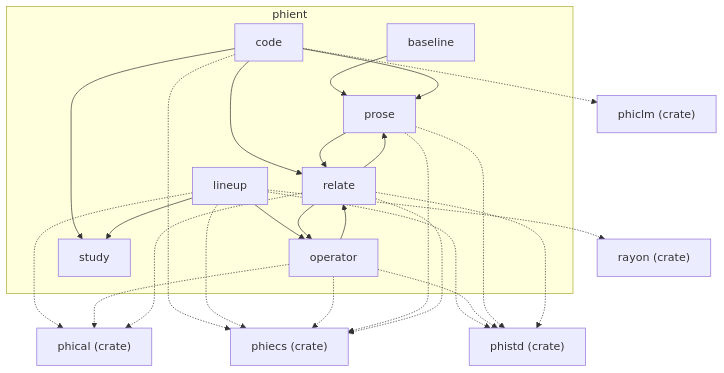
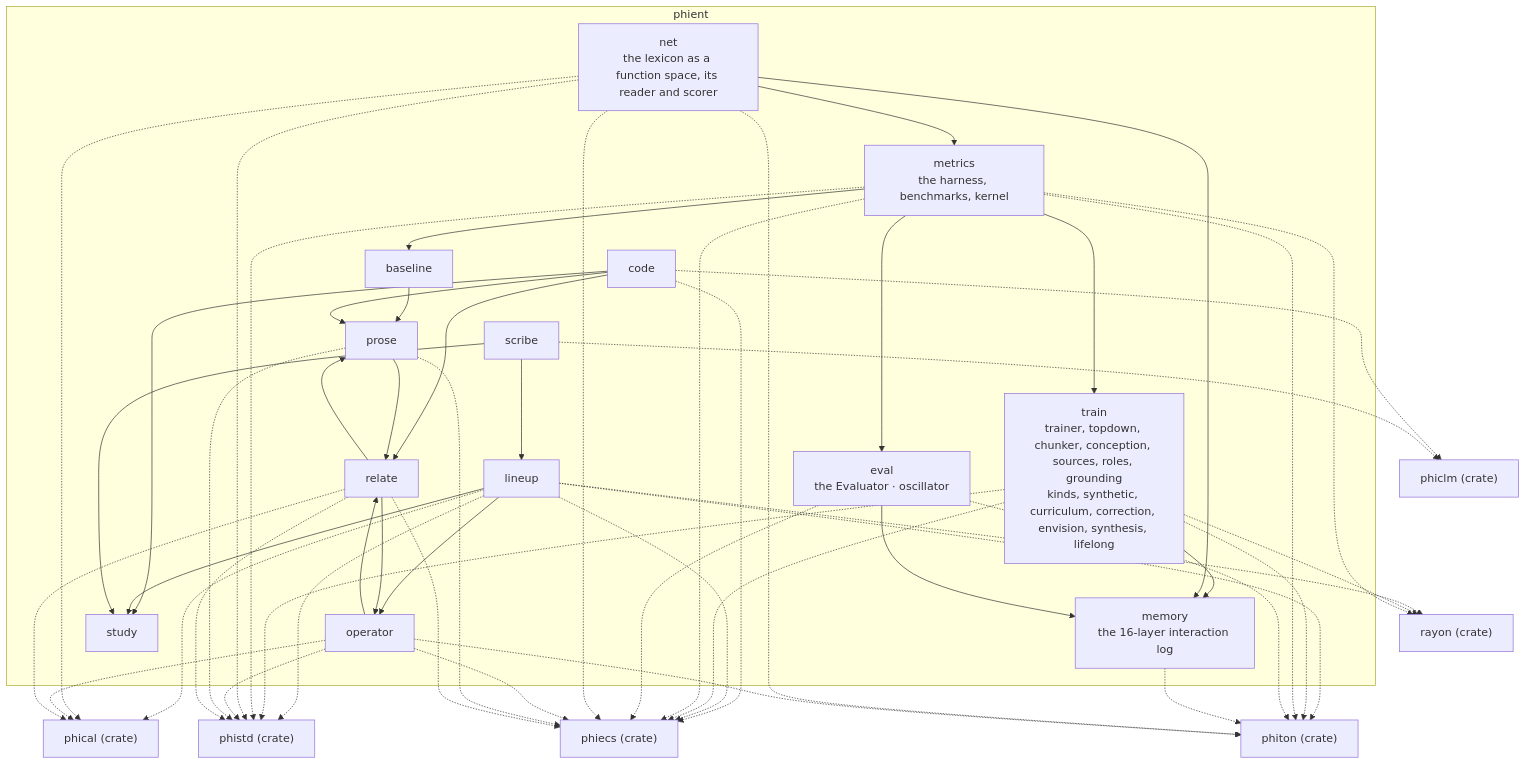
One commit to gemphi/phient changed the diagram in ARCHITECTURE.md. Above: the diagram before and after it, drawn with Mermaid. The commit also changed other lines of this file and 169 other files, not shown here.

First line of the commit message:
Took memory, eval, metrics, net, scribe and training from phiano

````diff
--- a/ARCHITECTURE.md
+++ b/ARCHITECTURE.md
@@ -5,41 +5,75 @@
 ```mermaid
 graph TB
     subgraph crate["phient"]
         m_baseline["baseline"]
         m_code["code"]
+        m_eval["eval<br/>the Evaluator · oscillator"]
         m_lineup["lineup"]
+        m_memory["memory<br/>the 16-layer interaction log"]
+        m_metrics["metrics<br/>the harness, benchmarks, kernel"]
+        m_net["net<br/>the lexicon as a function space, its reader and scorer"]
         m_operator["operator"]
         m_prose["prose"]
         m_relate["relate"]
+        m_scribe["scribe"]
         m_study["study"]
+        m_train["train<br/>trainer, topdown, chunker, conception, sources, roles, grounding<br/>kinds, synthetic, curriculum, correction, envision, synthesis, lifelong"]
     end
     m_baseline --> m_prose
     m_code --> m_prose
     m_code --> m_relate
     m_code --> m_study
     m_lineup --> m_operator
+    m_train --> m_memory
+    m_metrics --> m_train
+    m_metrics --> m_eval
+    m_metrics --> m_baseline
+    m_net --> m_metrics
+    m_net --> m_memory
     m_lineup --> m_study
     m_operator --> m_relate
     m_prose --> m_relate
     m_relate --> m_operator
     m_relate --> m_prose
+    m_scribe --> m_lineup
+    m_scribe --> m_study
     X_phical["phical (crate)"]
     m_lineup -.-> X_phical
+    m_net -.-> X_phical
     m_operator -.-> X_phical
     m_relate -.-> X_phical
     X_phiclm["phiclm (crate)"]
     m_code -.-> X_phiclm
+    m_scribe -.-> X_phiclm
     X_phiecs["phiecs (crate)"]
     m_code -.-> X_phiecs
     m_lineup -.-> X_phiecs
+    m_train -.-> X_phiecs
+    m_metrics -.-> X_phiecs
+    m_eval -.-> X_phiecs
+    m_eval --> m_memory
+    m_net -.-> X_phiecs
     m_operator -.-> X_phiecs
     m_prose -.-> X_phiecs
     m_relate -.-> X_phiecs
     X_phistd["phistd (crate)"]
     m_lineup -.-> X_phistd
+    m_train -.-> X_phistd
+    m_metrics -.-> X_phistd
+    m_net -.-> X_phistd
     m_operator -.-> X_phistd
     m_prose -.-> X_phistd
     m_relate -.-> X_phistd
+    X_phiton["phiton (crate)"]
+    m_lineup -.-> X_phiton
+    m_train -.-> X_phiton
+    m_metrics -.-> X_phiton
+    m_eval -.-> X_phiton
+    m_memory -.-> X_phiton
+    m_net -.-> X_phiton
+    m_operator -.-> X_phiton
     X_rayon["rayon (crate)"]
     m_lineup -.-> X_rayon
+    m_train -.-> X_rayon
+    m_metrics -.-> X_rayon
 ```
````
